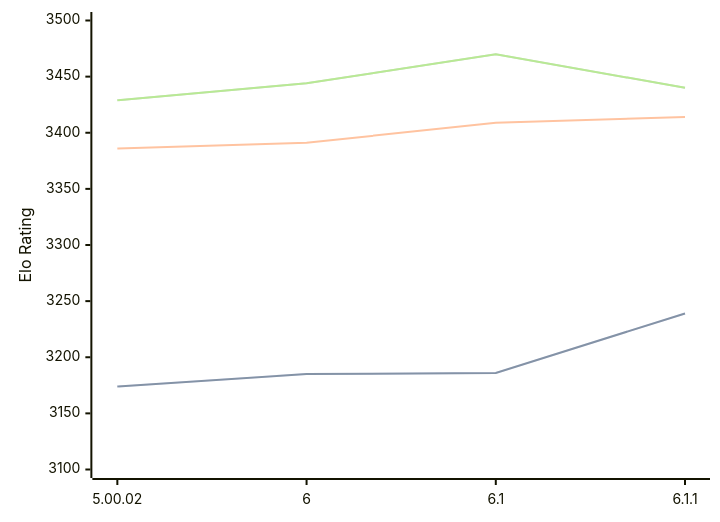
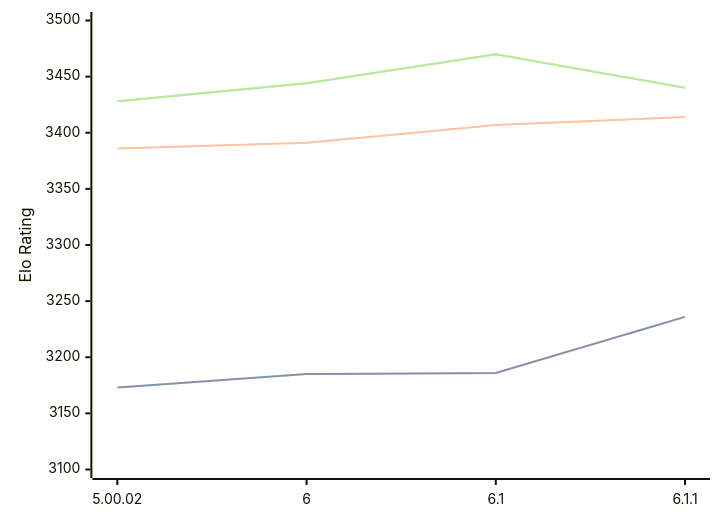
Before and after one commit to computer-chess-index/cci: the diagram in engines/Zangdar.md, drawn with Mermaid. The commit also changed other lines of this file, not shown here.

Commit message:
Update CCI Ratings (ELO VLTC) - 2026-04-21

````diff
--- a/engines/Zangdar.md
+++ b/engines/Zangdar.md
@@ -46,11 +46,11 @@
 ```mermaid
 %%{init: {"theme":"base","themeVariables":{"seriesColors:['#a3a3a3','#222221','#faa371']}}}%%
 xychart-beta
   x-axis ["5.00.02", "6", "6.1", "6.1.1"]
   y-axis "Elo Rating" 3100 --> 3500
-  line "STC (8.0+0.08s)" [3174, 3185, 3186, 3239]
-  line "STC (8.0+0.08s)" [3174, 3185, 3186, 3239]
-  line "LTC (60.0+0.60s)" [3386, 3391, 3409, 3414]
-  line "VLTC (2m24s+1.12s)" [3429, 3444, 3470, 3440]
-  line "VLTC (2m24s+1.12s)" [3429, 3444, 3470, 3440]
+  line "STC (8.0+0.08s)" [3173, 3185, 3186, 3236]
+  line "STC (8.0+0.08s)" [3173, 3185, 3186, 3236]
+  line "LTC (60.0+0.60s)" [3386, 3391, 3407, 3414]
+  line "VLTC (2m24s+1.12s)" [3428, 3444, 3470, 3440]
+  line "VLTC (2m24s+1.12s)" [3428, 3444, 3470, 3440]
 ```
````
